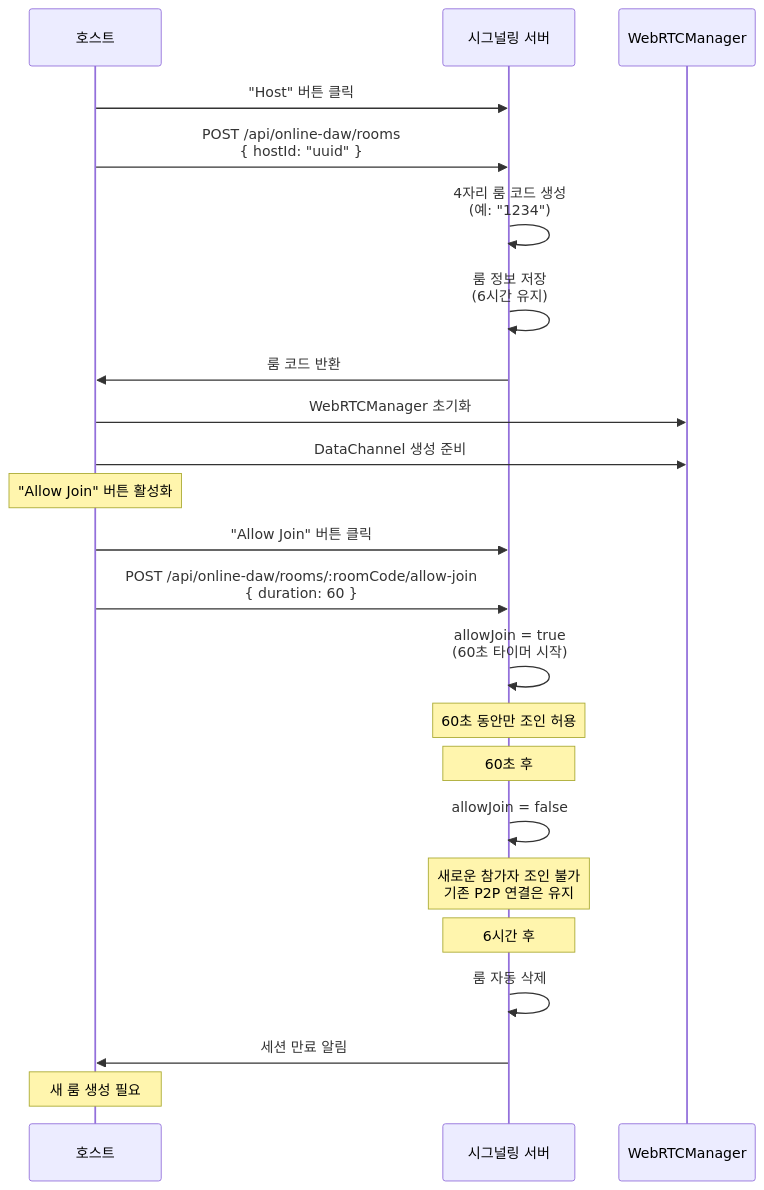
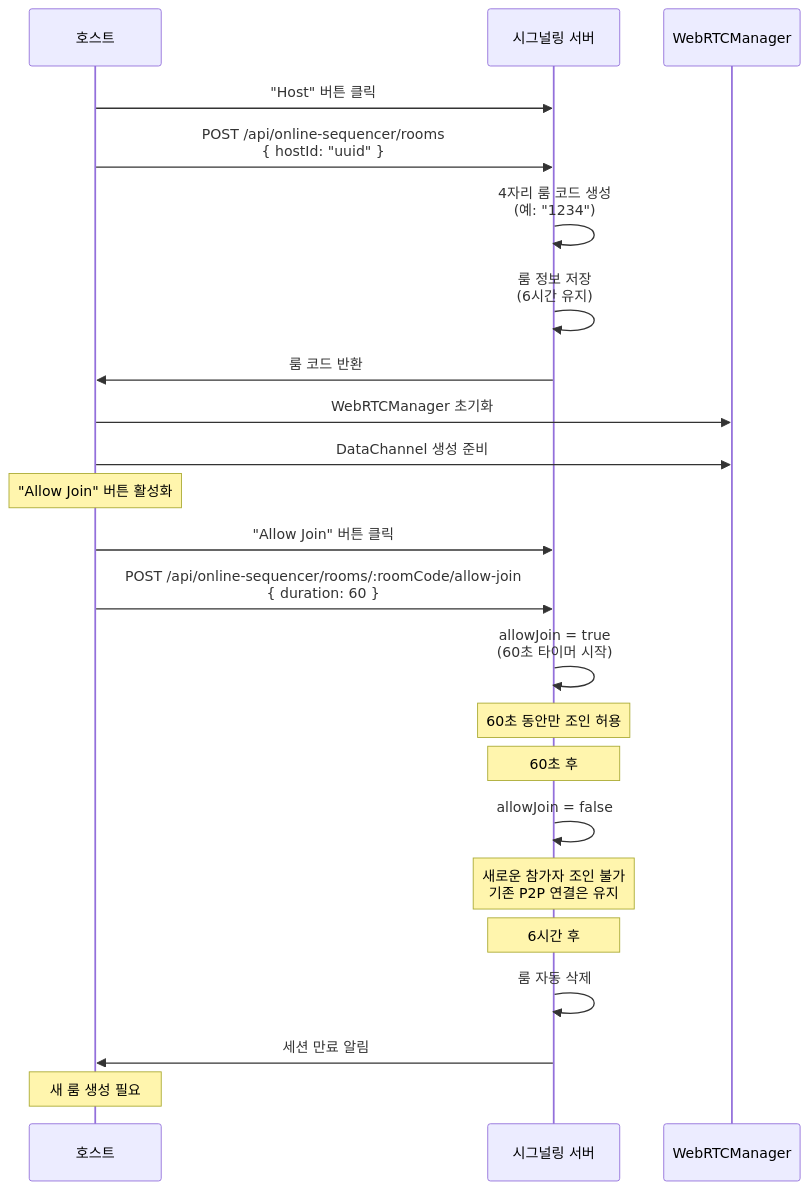
One commit to JaceDashS/online-sequencer changed the first of 2 diagrams in docs/specs/collaboration-specification/connection-flow.ko.md. Above: the diagram before and after it, drawn with Mermaid. The commit also changed other lines of this file and 16 other files, not shown here.

Commit message:
[refactor] update API endpoints from /api/online-daw to /api/online-sequencer

````diff
--- a/docs/specs/collaboration-specification/connection-flow.ko.md
+++ b/docs/specs/collaboration-specification/connection-flow.ko.md
@@ -11,29 +11,29 @@
 ```mermaid
 sequenceDiagram
     participant Host as 호스트
     participant Server as 시그널링 서버
     participant WebRTC as WebRTCManager
     
     Host->>Server: "Host" 버튼 클릭
-    Host->>Server: POST /api/online-daw/rooms<br/>{ hostId: "uuid" }
+    Host->>Server: POST /api/online-sequencer/rooms<br/>{ hostId: "uuid" }
     Server->>Server: 4자리 룸 코드 생성<br/>(예: "1234")
     Server->>Server: 룸 정보 저장<br/>(6시간 유지)
     Server->>Host: 룸 코드 반환
     Host->>WebRTC: WebRTCManager 초기화
     Host->>WebRTC: DataChannel 생성 준비
     Note over Host: "Allow Join" 버튼 활성화
     
     Host->>Server: "Allow Join" 버튼 클릭
-    Host->>Server: POST /api/online-daw/rooms/:roomCode/allow-join<br/>{ duration: 60 }
+    Host->>Server: POST /api/online-sequencer/rooms/:roomCode/allow-join<br/>{ duration: 60 }
     Server->>Server: allowJoin = true<br/>(60초 타이머 시작)
     Note over Server: 60초 동안만 조인 허용
     
     Note over Server: 60초 후
     Server->>Server: allowJoin = false
     Note over Server: 새로운 참가자 조인 불가<br/>기존 P2P 연결은 유지
     
     Note over Server: 6시간 후
     Server->>Server: 룸 자동 삭제
     Server->>Host: 세션 만료 알림
     Note over Host: 새 룸 생성 필요
 ```
````
